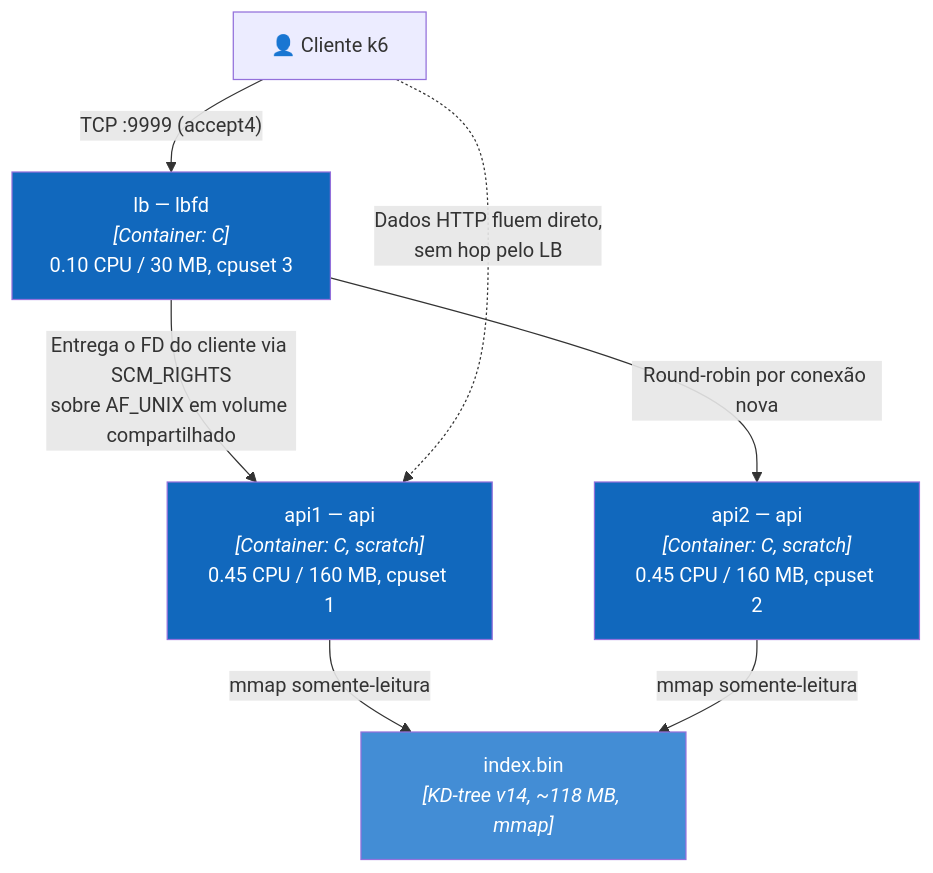
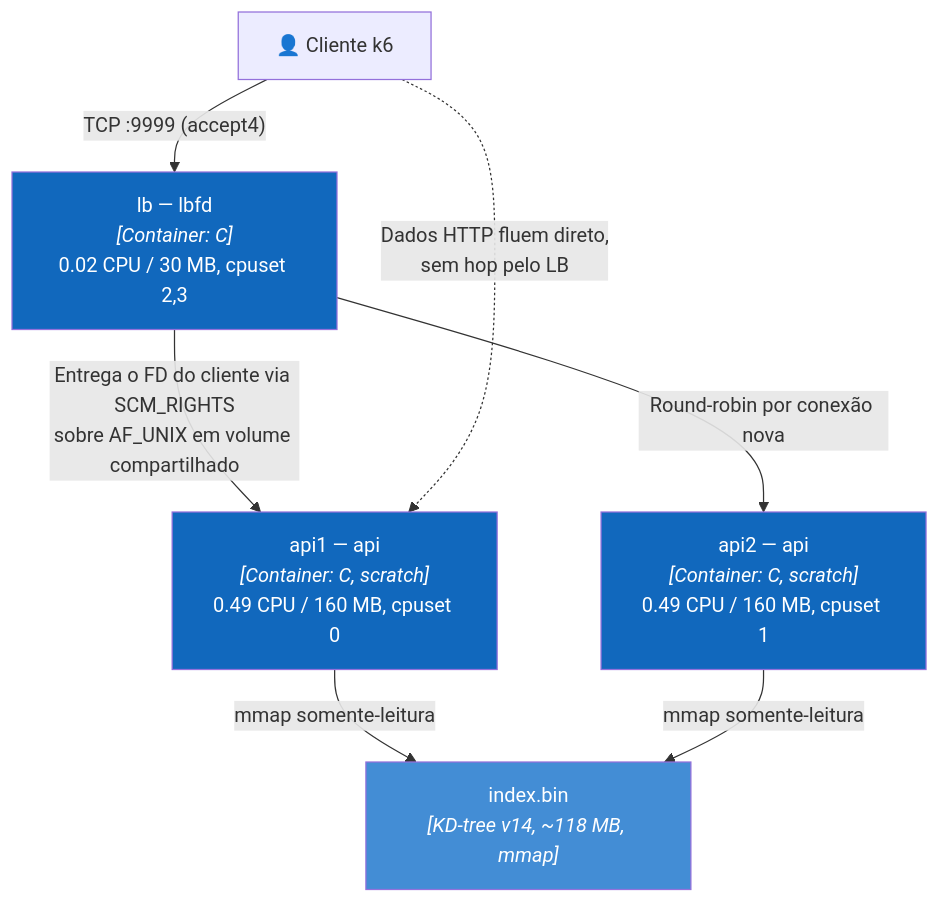
Before and after one commit to nelsonsimionato/rinha-backend-2026: the second of 2 diagrams in README.md, drawn with Mermaid. The commit also changed other lines of this file and 4 other files, not shown here.

````diff
--- a/README.md
+++ b/README.md
@@ -62,20 +62,20 @@
 ```mermaid
 flowchart TB
     client["👤 Cliente k6"]
-    lb["lb — lbfd<br/><i>[Container: C]</i><br/>0.10 CPU / 30 MB, cpuset 3"]
-    api1["api1 — api<br/><i>[Container: C, scratch]</i><br/>0.45 CPU / 160 MB, cpuset 1"]
-    api2["api2 — api<br/><i>[Container: C, scratch]</i><br/>0.45 CPU / 160 MB, cpuset 2"]
+    lb["lb — lbfd<br/><i>[Container: C]</i><br/>0.02 CPU / 30 MB, cpuset 2,3"]
+    api1["api1 — api<br/><i>[Container: C, scratch]</i><br/>0.49 CPU / 160 MB, cpuset 0"]
+    api2["api2 — api<br/><i>[Container: C, scratch]</i><br/>0.49 CPU / 160 MB, cpuset 1"]
     idx["index.bin<br/><i>[KD-tree v14, ~118 MB, mmap]</i>"]
 
     client -->|"TCP :9999 (accept4)"| lb
     lb -->|"Entrega o FD do cliente via SCM_RIGHTS<br/>sobre AF_UNIX em volume compartilhado"| api1
     lb -->|"Round-robin por conexão nova"| api2
     client -.->|"Dados HTTP fluem direto,<br/>sem hop pelo LB"| api1
     api1 -->|"mmap somente-leitura"| idx
     api2 -->|"mmap somente-leitura"| idx
 
     style lb fill:#1168bd,color:#fff
     style api1 fill:#1168bd,color:#fff
     style api2 fill:#1168bd,color:#fff
     style idx fill:#438dd5,color:#fff
 ```
````
